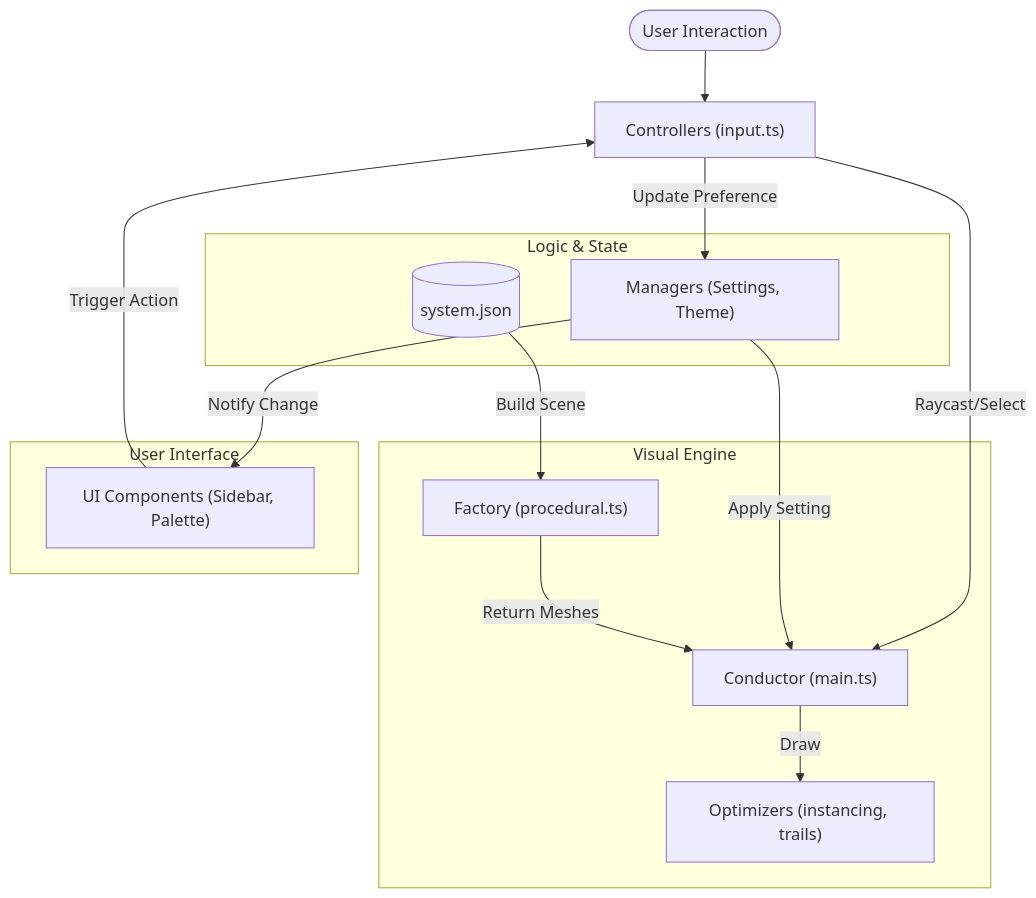
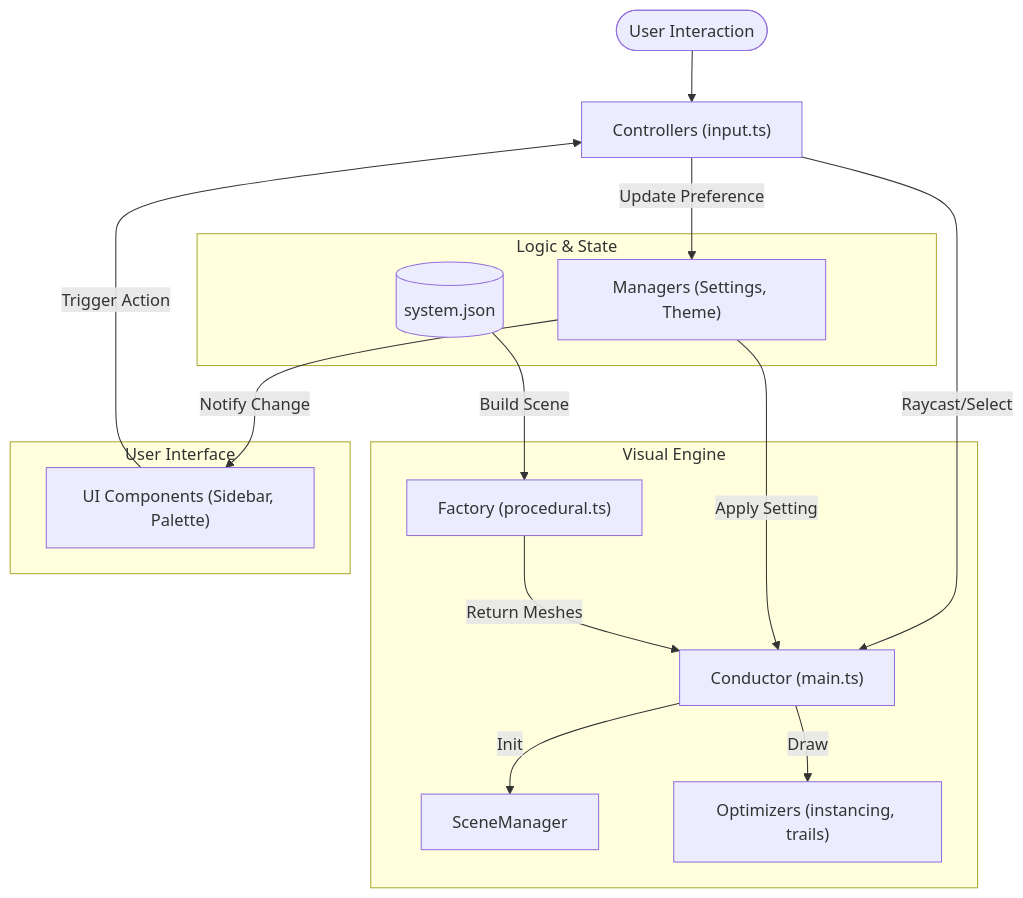
One commit to therealsahil19/Solar-Sim changed the diagram in CONTRIBUTING.md. Above: the diagram before and after it, drawn with Mermaid. The commit also changed other lines of this file and 3 other files, not shown here.

````diff
--- a/CONTRIBUTING.md
+++ b/CONTRIBUTING.md
@@ -84,28 +86,30 @@
 ```mermaid
 graph TD
     User([User Interaction]) --> CONTROLLERS["Controllers (input.ts)"]
     
     subgraph "Logic & State"
         MANAGERS["Managers (Settings, Theme)"]
         JSON[(system.json)]
     end
     
     subgraph "Visual Engine"
         CONDUCTOR["Conductor (main.ts)"]
+        SCENE_MGR["SceneManager"]
         FACTORY["Factory (procedural.ts)"]
         OPTIMIZERS["Optimizers (instancing, trails)"]
     end
     
     subgraph "User Interface"
         UI_COMP["UI Components (Sidebar, Palette)"]
     end
     
     CONTROLLERS -->|Update Preference| MANAGERS
     CONTROLLERS -->|Raycast/Select| CONDUCTOR
     MANAGERS -->|Notify Change| UI_COMP
     MANAGERS -->|Apply Setting| CONDUCTOR
     JSON -->|Build Scene| FACTORY
     FACTORY -->|Return Meshes| CONDUCTOR
+    CONDUCTOR -->|Init| SCENE_MGR
     CONDUCTOR -->|Draw| OPTIMIZERS
     UI_COMP -->|Trigger Action| CONTROLLERS
 ```
````
